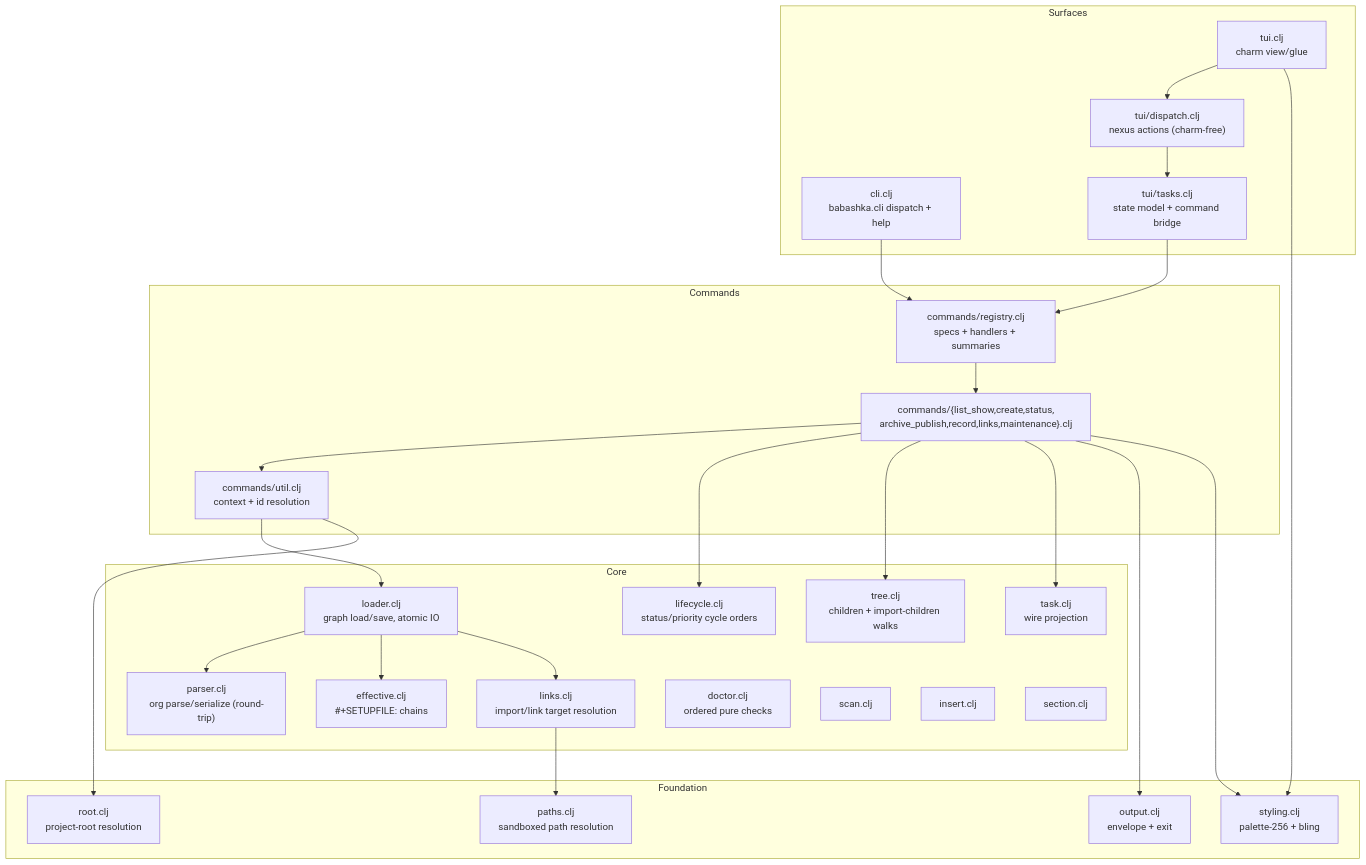
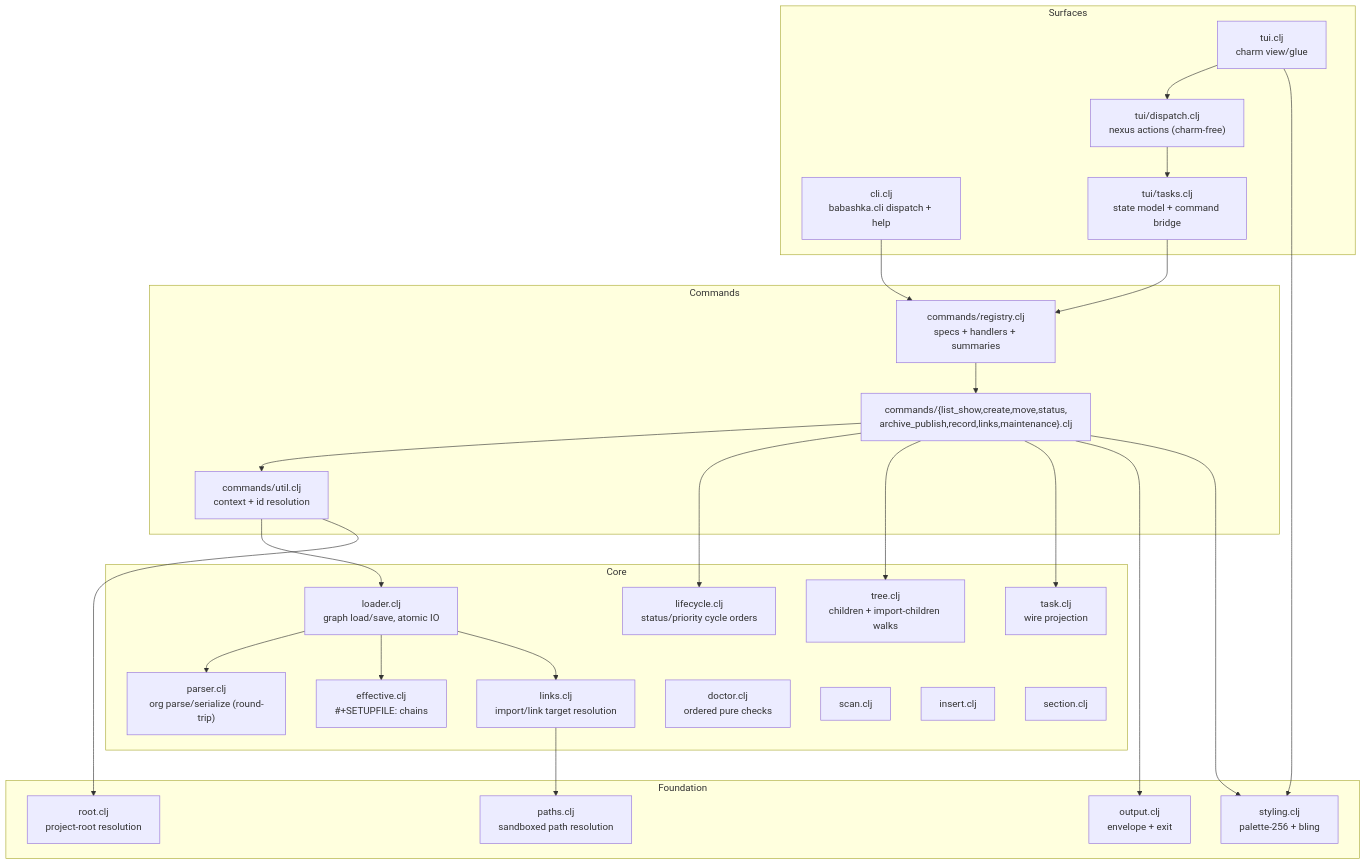
One commit to cormacc/dotagents changed the first of 3 diagrams in skills/org-tasks/scripts/docs/DESIGN.org. Above: the diagram before and after it, drawn with Mermaid. The commit also changed other lines of this file and 9 other files, not shown here.

```diff
--- a/skills/org-tasks/scripts/docs/DESIGN.org
+++ b/skills/org-tasks/scripts/docs/DESIGN.org
@@ -10,46 +10,46 @@
 #+begin_src mermaid :file design-layers.png
 flowchart TD
     subgraph Surfaces
         CLI["cli.clj\nbabashka.cli dispatch + help"]
         TUI["tui.clj\ncharm view/glue"]
         TUID["tui/dispatch.clj\nnexus actions (charm-free)"]
         TUIT["tui/tasks.clj\nstate model + command bridge"]
     end
     subgraph Commands
         REG["commands/registry.clj\nspecs + handlers + summaries"]
-        FAM["commands/{list_show,create,status,\narchive_publish,record,links,maintenance}.clj"]
+        FAM["commands/{list_show,create,move,status,\narchive_publish,record,links,maintenance}.clj"]
         UTIL["commands/util.clj\ncontext + id resolution"]
     end
     subgraph Core
         LOADER["loader.clj\ngraph load/save, atomic IO"]
         PARSER["parser.clj\norg parse/serialize (round-trip)"]
         EFF["effective.clj\n#+SETUPFILE: chains"]
         LINKS["links.clj\nimport/link target resolution"]
         TREE["tree.clj\nchildren + import-children walks"]
         LIFE["lifecycle.clj\nstatus/priority cycle orders"]
         TASK["task.clj\nwire projection"]
         DOCTOR["doctor.clj\nordered pure checks"]
         SCAN["scan.clj"]
         INSERT["insert.clj"]
         SECTION["section.clj"]
     end
     subgraph Foundation
         PATHS["paths.clj\nsandboxed path resolution"]
         ROOT["root.clj\nproject-root resolution"]
         OUT["output.clj\nenvelope + exit"]
         STYLE["styling.clj\npalette-256 + bling"]
     end
     CLI --> REG
     TUI --> TUID --> TUIT --> REG
     REG --> FAM --> UTIL --> LOADER
     FAM --> LIFE
     FAM --> TREE
     FAM --> TASK
     LOADER --> PARSER
     LOADER --> EFF
     LOADER --> LINKS --> PATHS
     FAM --> OUT
     FAM --> STYLE
     TUI --> STYLE
     UTIL --> ROOT
 #+end_src
```
